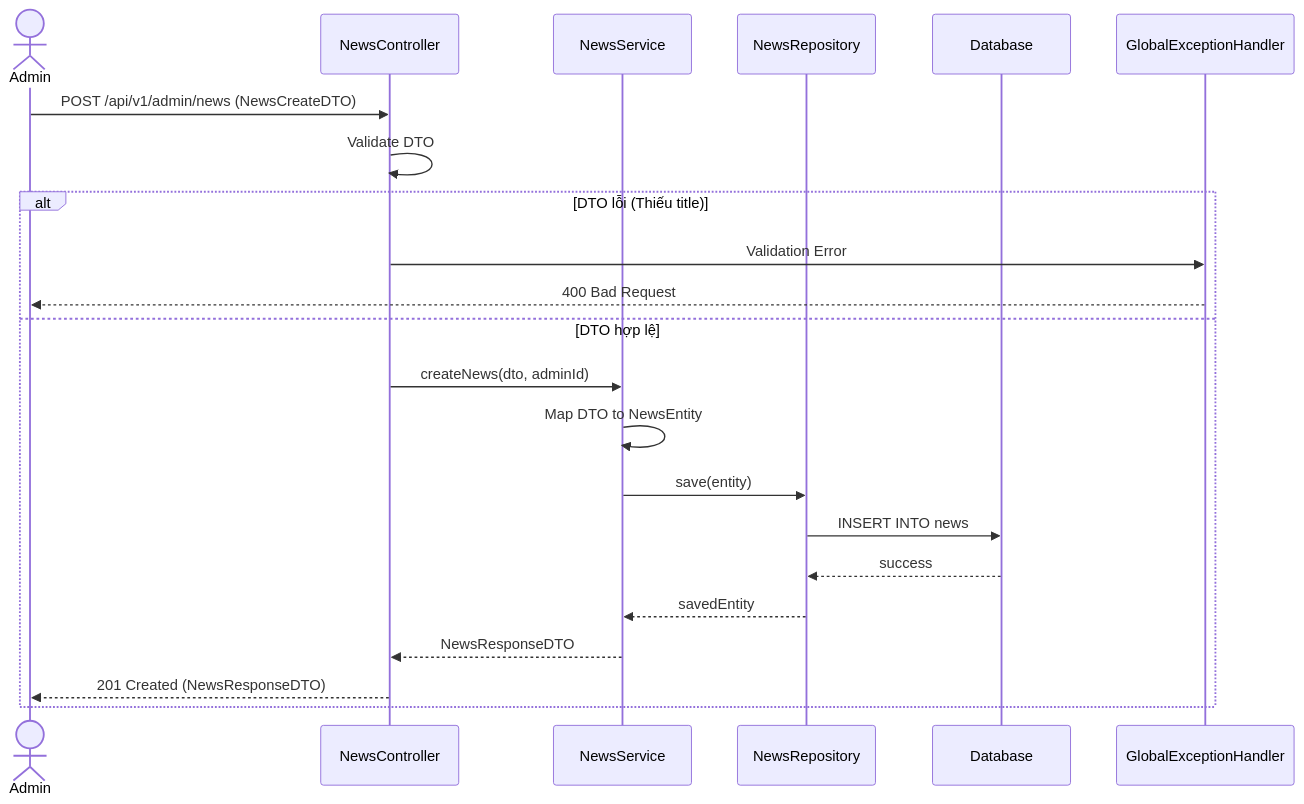
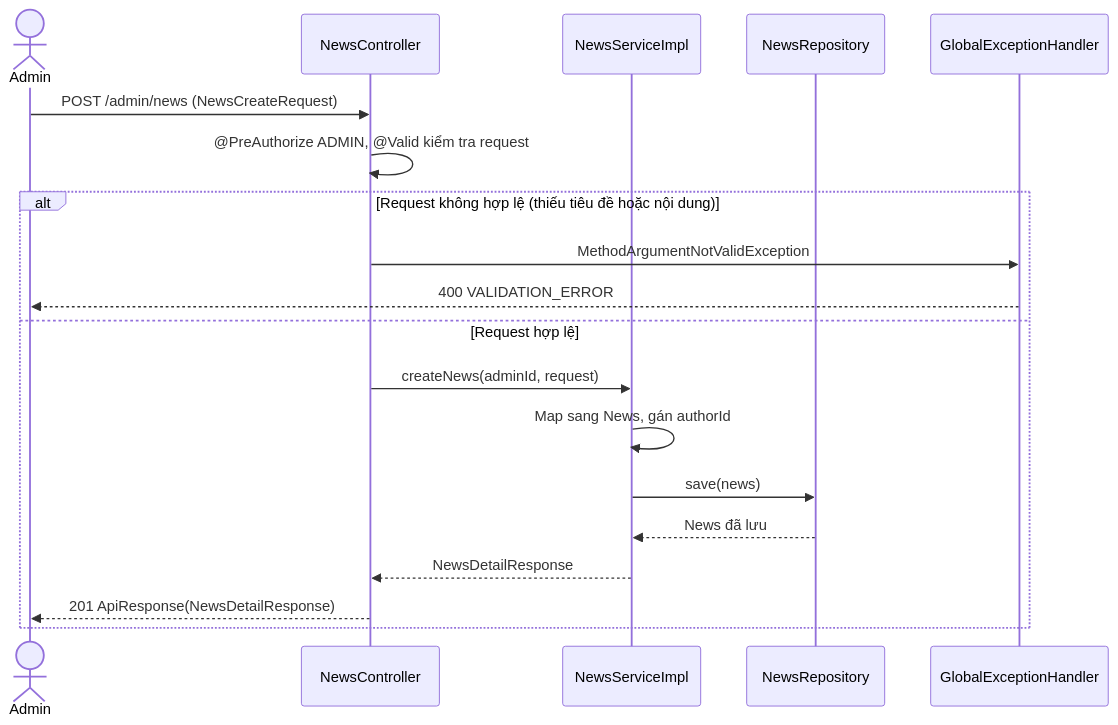
One commit to dungcony/e-learn changed the first of 2 diagrams in docs/design/info-management/api.md. Above: the diagram before and after it, drawn with Mermaid. The commit also changed other lines of this file and 15 other files, not shown here.

````diff
--- a/docs/design/info-management/api.md
+++ b/docs/design/info-management/api.md
@@ -14,26 +29,23 @@
 ```mermaid
 sequenceDiagram
     actor Admin
     participant Ctrl as NewsController
-    participant Svc as NewsService
+    participant Svc as NewsServiceImpl
     participant Repo as NewsRepository
-    participant DB as Database
     participant Handler as GlobalExceptionHandler
 
-    Admin->>Ctrl: POST /api/v1/admin/news (NewsCreateDTO)
-    Ctrl->>Ctrl: Validate DTO
-    
-    alt DTO lỗi (Thiếu title)
-        Ctrl->>Handler: Validation Error
-        Handler-->>Admin: 400 Bad Request
-    else DTO hợp lệ
-        Ctrl->>Svc: createNews(dto, adminId)
-        Svc->>Svc: Map DTO to NewsEntity
-        Svc->>Repo: save(entity)
-        Repo->>DB: INSERT INTO news
-        DB-->>Repo: success
-        Repo-->>Svc: savedEntity
-        Svc-->>Ctrl: NewsResponseDTO
-        Ctrl-->>Admin: 201 Created (NewsResponseDTO)
+    Admin->>Ctrl: POST /admin/news (NewsCreateRequest)
+    Ctrl->>Ctrl: @PreAuthorize ADMIN, @Valid kiểm tra request
+
+    alt Request không hợp lệ (thiếu tiêu đề hoặc nội dung)
+        Ctrl->>Handler: MethodArgumentNotValidException
+        Handler-->>Admin: 400 VALIDATION_ERROR
+    else Request hợp lệ
+        Ctrl->>Svc: createNews(adminId, request)
+        Svc->>Svc: Map sang News, gán authorId
+        Svc->>Repo: save(news)
+        Repo-->>Svc: News đã lưu
+        Svc-->>Ctrl: NewsDetailResponse
+        Ctrl-->>Admin: 201 ApiResponse(NewsDetailResponse)
     end
 ```
````
